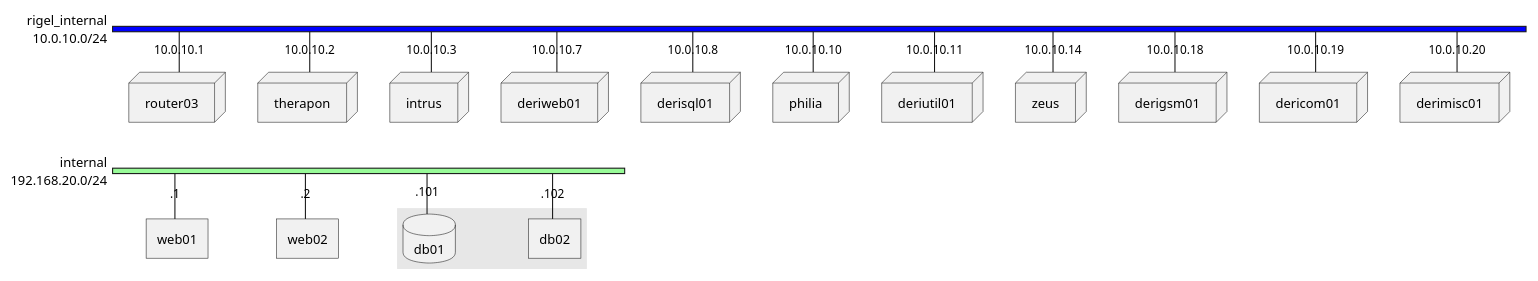
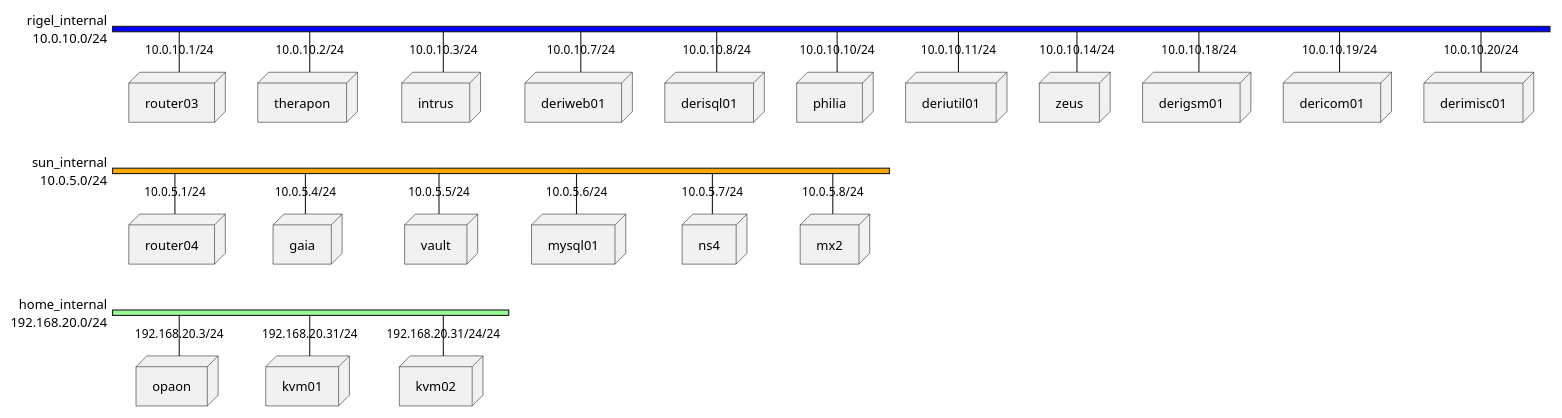
The diagram in current_status.pu (mogad0n/plantuml), drawn with PlantUML before and after one commit.

Commit message:
first pass

```diff
--- a/current_status.pu
+++ b/current_status.pu
@@ -1,37 +1,48 @@
 @startuml
 nwdiag {
   network rigel_internal {
     address = "10.0.10.0/24"
     color = "blue"
 
     // define groups?
     
-    router03 [address = 10.0.10.1, shape = "node"]
-    therapon [address = 10.0.10.2, shape = "node"]
-    intrus [address = 10.0.10.3, shape = "node"]
-    deriweb01 [address = 10.0.10.7, shape = "node"]
-    derisql01 [address = 10.0.10.8, shape = "node"]
-    philia [address = 10.0.10.10, shape = "node"]
-    deriutil01 [address = 10.0.10.11, shape = "node"]
-    zeus [address = 10.0.10.14, shape = "node"]
-    derigsm01 [address = 10.0.10.18, shape = "node"]
-    dericom01 [address = 10.0.10.19, shape = "node"]
-    derimisc01 [address = 10.0.10.20, shape = "node"]
+    router03 [address = 10.0.10.1/24,, shape = "node"]
+    therapon [address = 10.0.10.2/24,, shape = "node"]
+    intrus [address = 10.0.10.3/24,, shape = "node"]
+    deriweb01 [address = 10.0.10.7/24,, shape = "node"]
+    derisql01 [address = 10.0.10.8/24,, shape = "node"]
+    philia [address = 10.0.10.10/24,, shape = "node"]
+    deriutil01 [address = 10.0.10.11/24,, shape = "node"]
+    zeus [address = 10.0.10.14/24,, shape = "node"]
+    derigsm01 [address = 10.0.10.18/24,, shape = "node"]
+    dericom01 [address = 10.0.10.19/24,, shape = "node"]
+    derimisc01 [address = 10.0.10.20/24,, shape = "node"]
 
   }
-  network internal {
+  network sun_internal {
+    address = "10.0.5.0/24"
+    color = "orange"
+    
+
+    router04 [address = 10.0.5.1/24, shape = "node"]
+    gaia [address = 10.0.5.4/24,, shape = "node"]
+    vault [address = 10.0.5.5/24,, shape = "node"]
+    mysql01 [address = 10.0.5.6/24,, shape = "node"]
+    ns4 [address = 10.0.5.7/24,, shape = "node"]
+    mx2 [address = 10.0.5.8/24,, shape = "node"]
+
+
+  }
+  network home_internal {
     address = "192.168.20.0/24"
     color = "palegreen"
-    web01 [address = ".1"]
-    web02 [address = ".2"]
-    db01 [address = ".101", shape = database ]
-    db02 [address = ".102"]
+    
 
-    // define network using defined nodes
-    group db {
-      db01;
-      db02;
-    }
+    opaon[address = 192.168.20.3/24, shape = "node"]
+    kvm01 [address = 192.168.20.31/24, shape = "node"]
+    kvm02 [address = 192.168.20.31/24/24,, shape = "node"]
+
+
   }
 }
 @enduml
```
